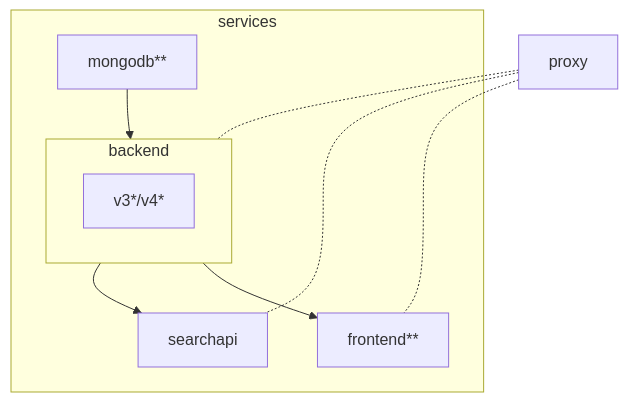
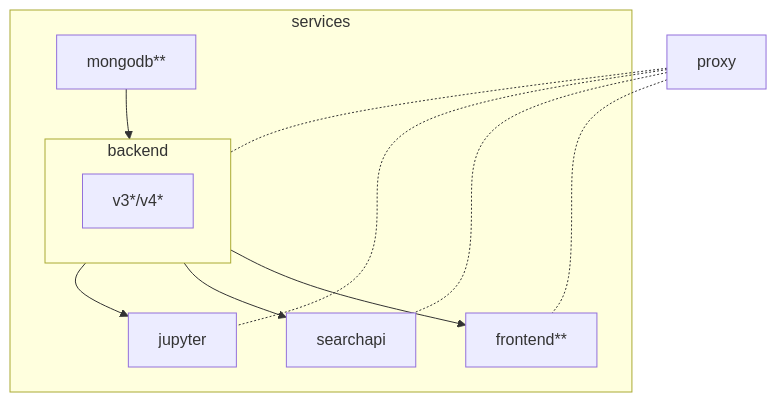
One commit to SciCatProject/scicatlive changed the diagram in README.md. Above: the diagram before and after it, drawn with Mermaid. The commit also changed 4 other files, not shown here.

````diff
--- a/README.md
+++ b/README.md
@@ -35,15 +35,17 @@
 ```mermaid
 graph TD
    subgraph services
       subgraph backend
          backends[v3*/v4*]
       end
       mongodb[mongodb**] --> backend
       backend --> frontend[frontend**]
       backend --> searchapi
+      backend --> jupyter
    end
 
    proxy -.- backend
    proxy -.- frontend
    proxy -.- searchapi
+   proxy -.- jupyter
 ```
````
